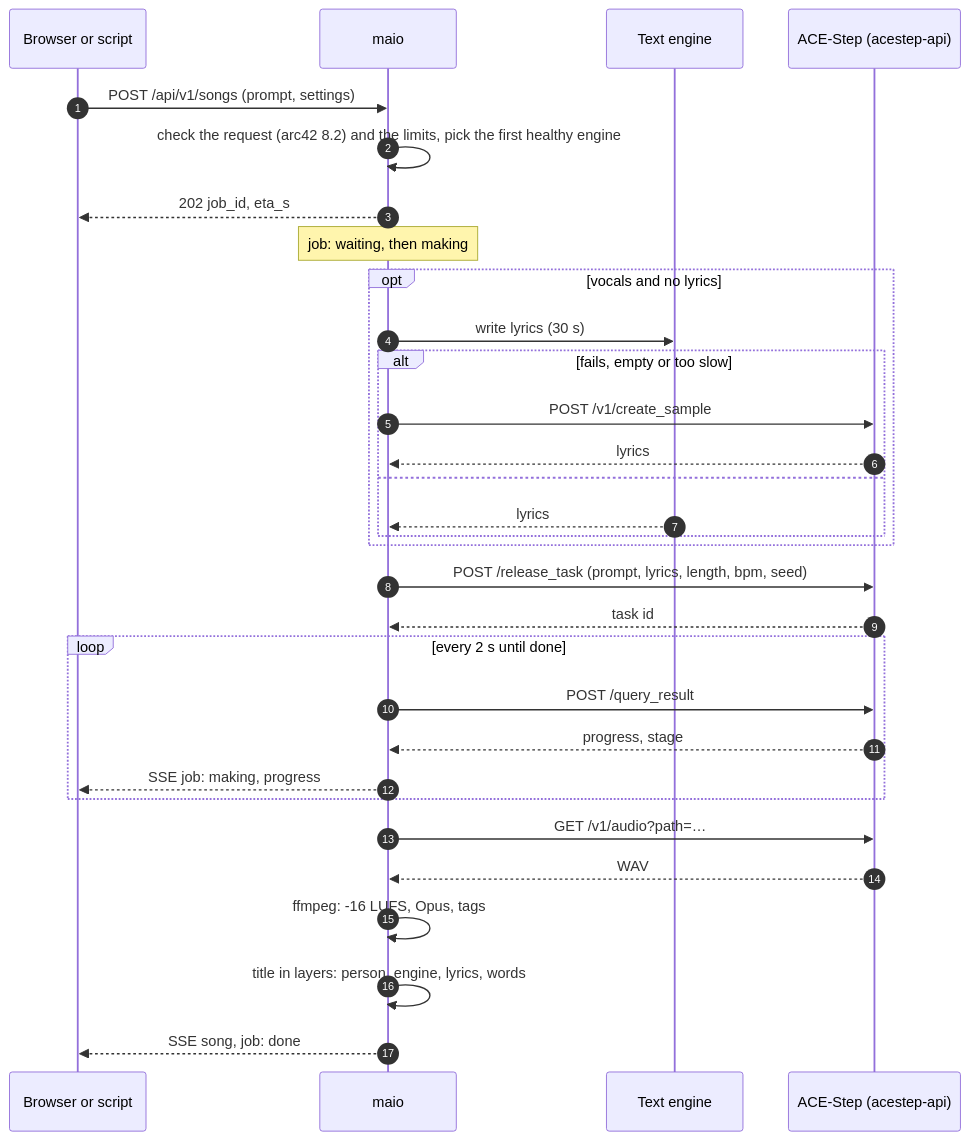
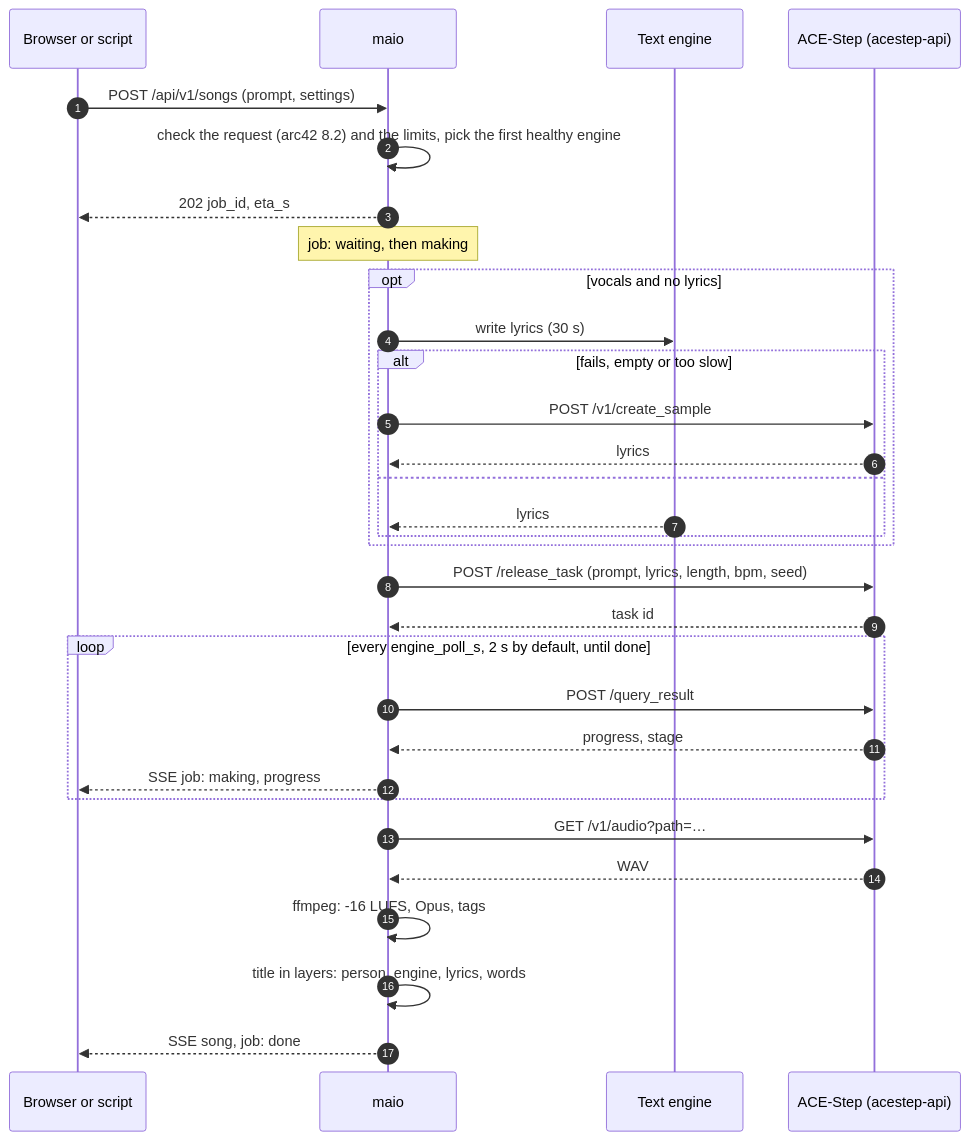
The first of 5 diagrams in docs/architecture/06-runtime-view.md (fulgas/maio), drawn with Mermaid before and after one commit. The commit also changed 15 other files, not shown here.

````diff
--- a/docs/architecture/06-runtime-view.md
+++ b/docs/architecture/06-runtime-view.md
@@ -5,33 +5,33 @@
 ```mermaid
 sequenceDiagram
     autonumber
     participant B as Browser or script
     participant E as maio
     participant T as Text engine
     participant A as ACE-Step (acestep-api)
     B->>E: POST /api/v1/songs (prompt, settings)
     E->>E: check the request (arc42 8.2) and the limits, pick the first healthy engine
     E-->>B: 202 job_id, eta_s
     Note over E: job: waiting, then making
     opt vocals and no lyrics
         E->>T: write lyrics (30 s)
         alt fails, empty or too slow
             E->>A: POST /v1/create_sample
             A-->>E: lyrics
         else
             T-->>E: lyrics
         end
     end
     E->>A: POST /release_task (prompt, lyrics, length, bpm, seed)
     A-->>E: task id
-    loop every 2 s until done
+    loop every engine_poll_s, 2 s by default, until done
         E->>A: POST /query_result
         A-->>E: progress, stage
         E-->>B: SSE job: making, progress
     end
     E->>A: GET /v1/audio?path=…
     A-->>E: WAV
     E->>E: ffmpeg: -16 LUFS, Opus, tags
     E->>E: title in layers: person, engine, lyrics, words
     E-->>B: SSE song, job: done
 ```
````
